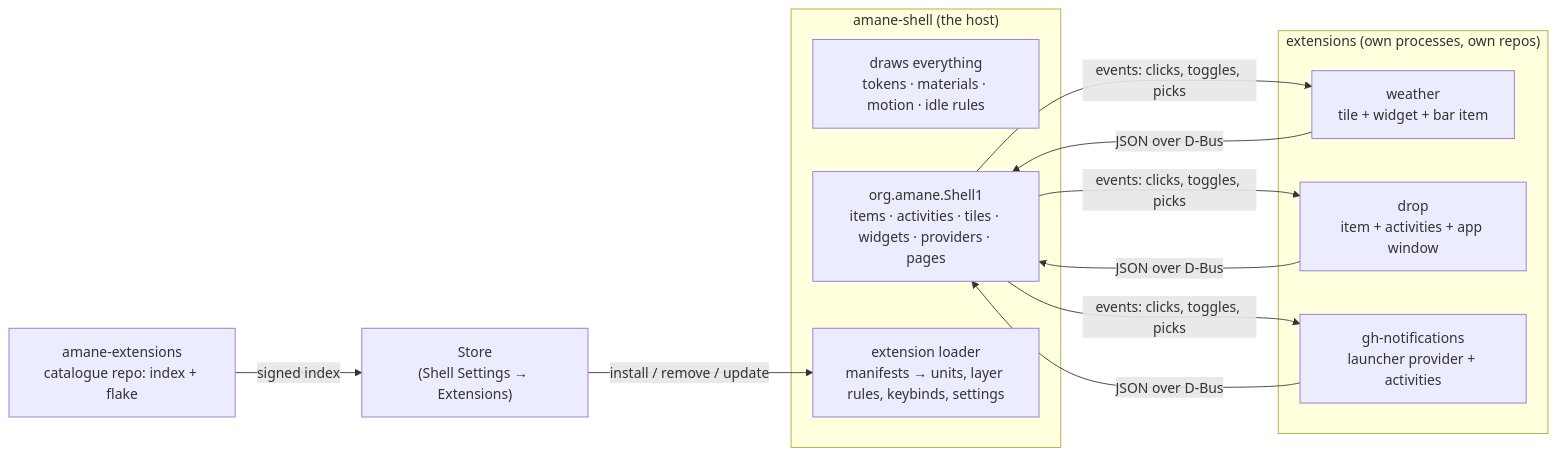
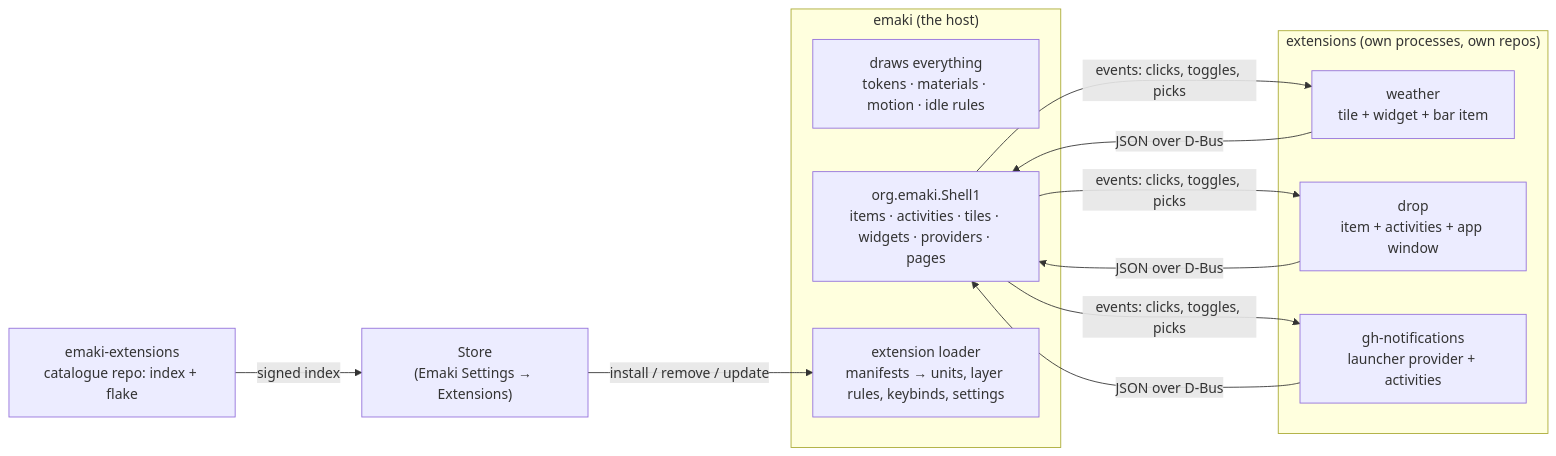
Before and after one commit to 098765434/amane-shell: the diagram in docs/developer/extensions-plan.md, drawn with Mermaid. The commit also changed other lines of this file and 389 other files, not shown here.

Commit message:
amane-shell is emaki: packages, binaries, ids, env vars, sockets, D-Bus names, layer namespaces (mechanical)

````diff
--- a/docs/developer/extensions-plan.md
+++ b/docs/developer/extensions-plan.md
@@ -39,19 +39,19 @@
 ```mermaid
 flowchart LR
-    subgraph shell["amane-shell (the host)"]
+    subgraph shell["emaki (the host)"]
         draw["draws everything<br/>tokens · materials · motion · idle rules"]
-        host["org.amane.Shell1<br/>items · activities · tiles · widgets · providers · pages"]
+        host["org.emaki.Shell1<br/>items · activities · tiles · widgets · providers · pages"]
         loader["extension loader<br/>manifests → units, layer rules, keybinds, settings"]
     end
     subgraph ext["extensions (own processes, own repos)"]
         a["weather<br/>tile + widget + bar item"]
         b["drop<br/>item + activities + app window"]
         c["gh-notifications<br/>launcher provider + activities"]
     end
-    store["Store<br/>(Shell Settings → Extensions)"]
-    cat["amane-extensions<br/>catalogue repo: index + flake"]
+    store["Store<br/>(Emaki Settings → Extensions)"]
+    cat["emaki-extensions<br/>catalogue repo: index + flake"]
     a & b & c -->|"JSON over D-Bus"| host
     host -->|"events: clicks, toggles, picks"| a & b & c
     store -->|"install / remove / update"| loader
     cat -->|"signed index"| store
 ```
````
